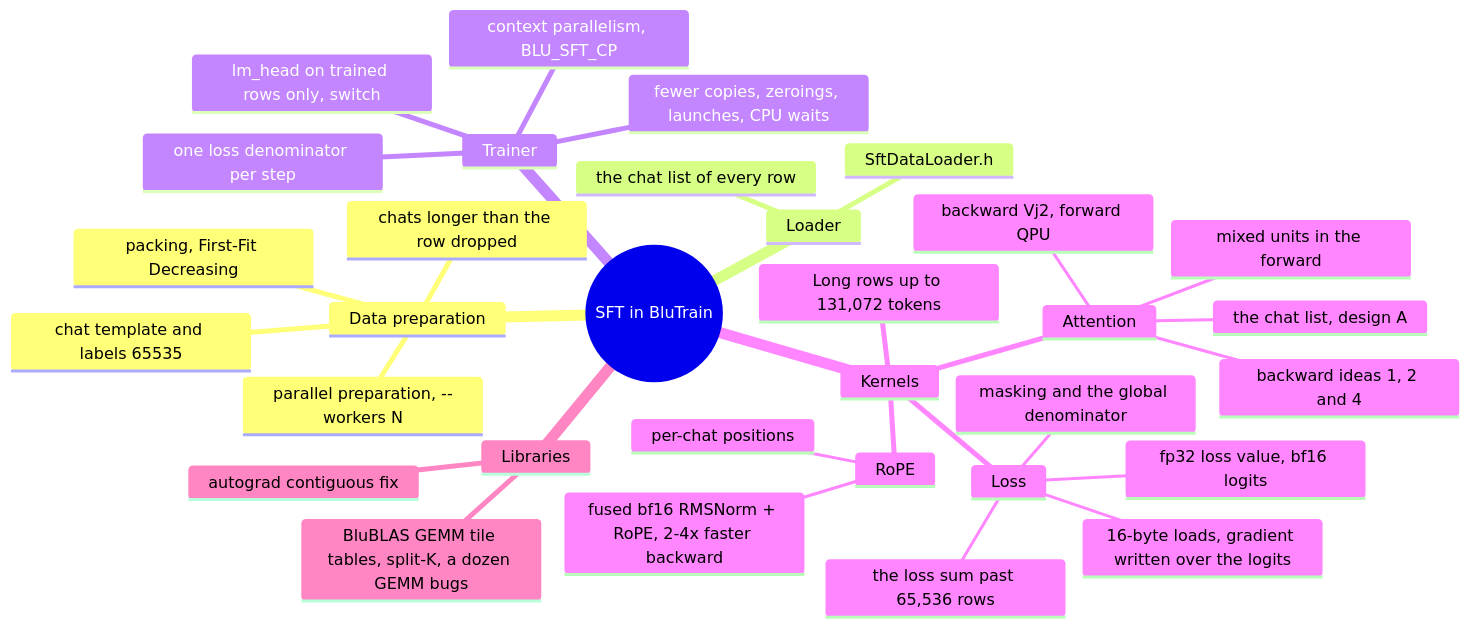
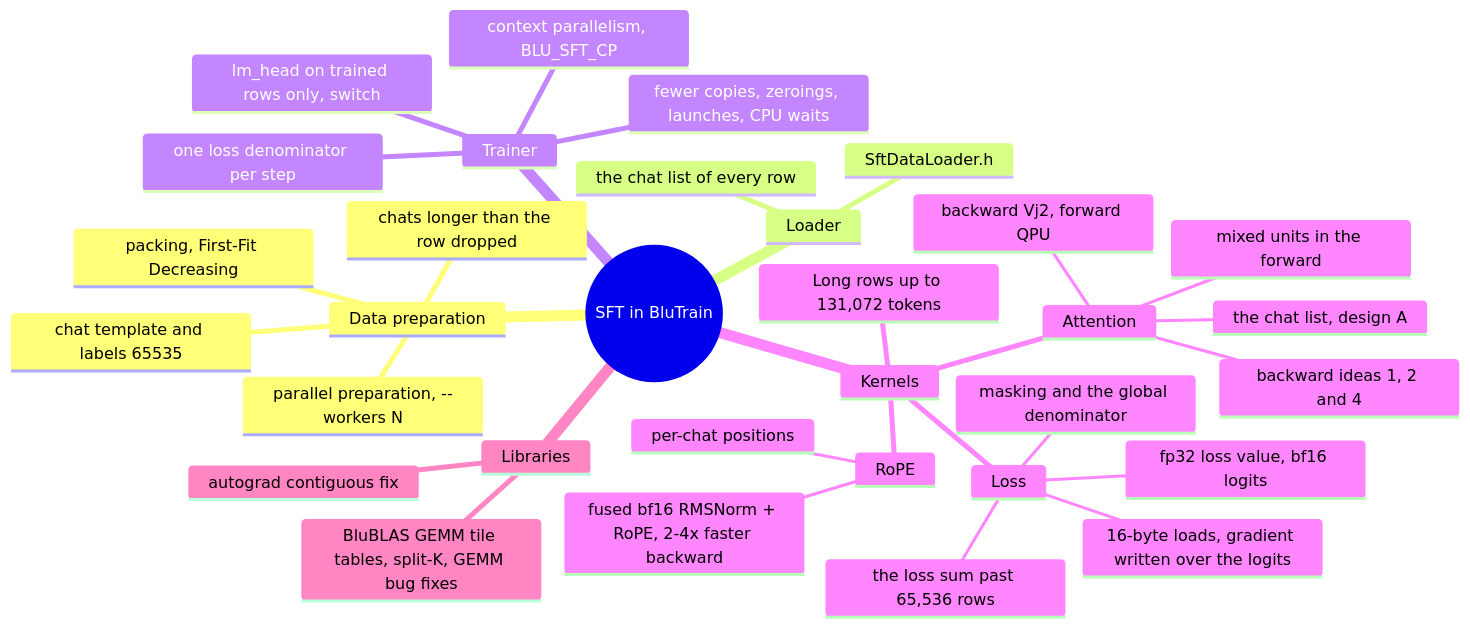
The diagram in work_docs(mark-down - (.md) files ) /SFT_package_2026_10_24/all_sft_optimizations.md (GOUTHAM1926/Neural_Networks_exp_1926), drawn with Mermaid before and after one commit. The commit also changed other lines of this file and 14 other files, not shown here.

````diff
--- a/work_docs(mark-down - (.md) files ) /SFT_package_2026_10_24/all_sft_optimizations.md
+++ b/work_docs(mark-down - (.md) files ) /SFT_package_2026_10_24/all_sft_optimizations.md
@@ -97,35 +97,35 @@
 ```mermaid
 mindmap
   root((SFT in BluTrain))
     Data preparation
       chat template and labels 65535
       packing, First-Fit Decreasing
       chats longer than the row dropped
       parallel preparation, --workers N
     Loader
       SftDataLoader.h
       the chat list of every row
     Trainer
       one loss denominator per step
       lm_head on trained rows only, switch
       context parallelism, BLU_SFT_CP
       fewer copies, zeroings, launches, CPU waits
     Kernels
       Loss
         masking and the global denominator
         fp32 loss value, bf16 logits
         16-byte loads, gradient written over the logits
         the loss sum past 65,536 rows
       RoPE
         per-chat positions
         fused bf16 RMSNorm + RoPE, 2-4x faster backward
       Attention
         the chat list, design A
         backward Vj2, forward QPU
         mixed units in the forward
         backward ideas 1, 2 and 4
       Long rows up to 131,072 tokens
     Libraries
-      BluBLAS GEMM tile tables, split-K, a dozen GEMM bugs
+      BluBLAS GEMM tile tables, split-K, GEMM bug fixes
       autograd contiguous fix
 ```
````
